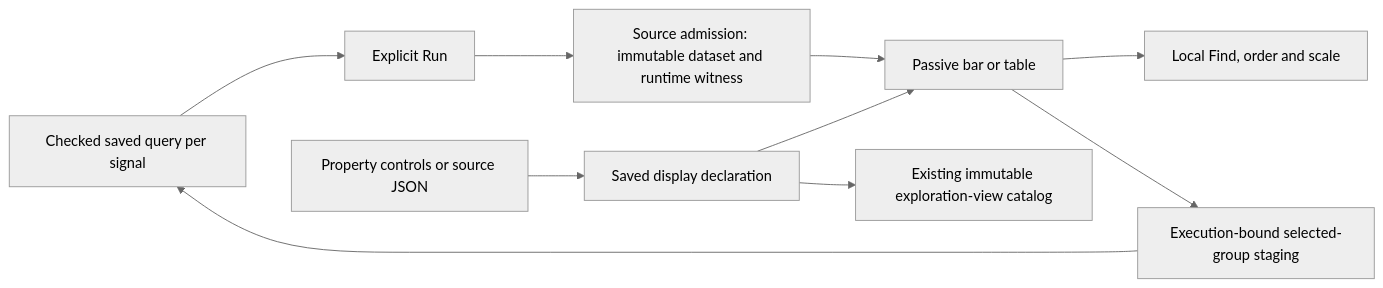
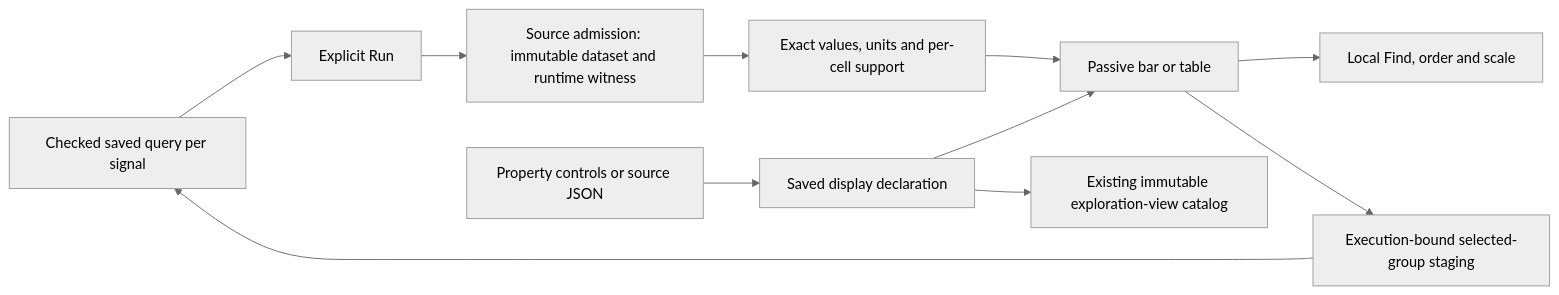
One commit to casselc/goo changed the diagram in docs/SAVED_DISPLAY_DECLARATIONS.md. Above: the diagram before and after it, drawn with Mermaid (neutral theme). The commit also changed other lines of this file and 34 other files, not shown here.

````diff
--- a/docs/SAVED_DISPLAY_DECLARATIONS.md
+++ b/docs/SAVED_DISPLAY_DECLARATIONS.md
@@ -18,12 +19,13 @@
 ```mermaid
 flowchart LR
   Q[Checked saved query per signal] --> R[Explicit Run]
   R --> A[Source admission: immutable dataset and runtime witness]
   D[Saved display declaration] --> P[Passive bar or table]
-  A --> P
+  A --> U[Exact values, units and per-cell support]
+  U --> P
   P --> L[Local Find, order and scale]
   P --> H[Execution-bound selected-group staging]
   H --> Q
   E[Property controls or source JSON] --> D
   D --> S[Existing immutable exploration-view catalog]
 ```
````
